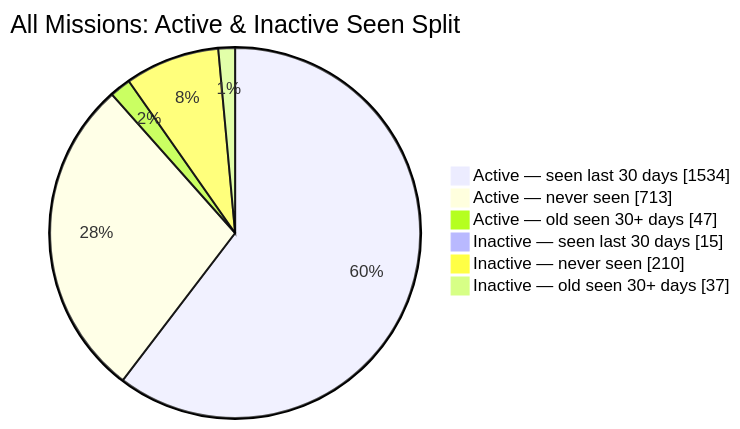
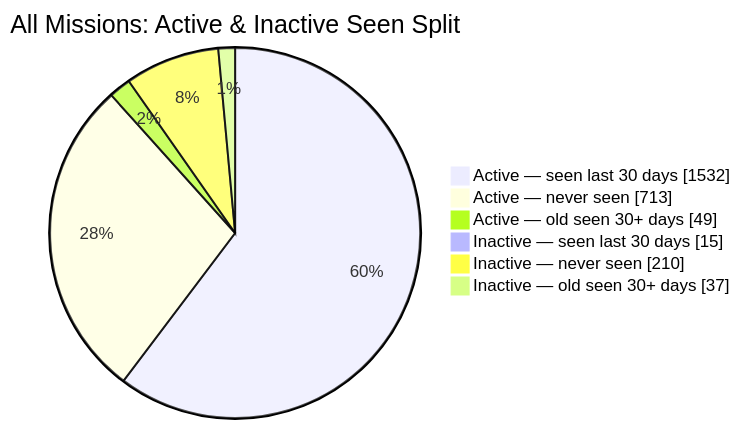
The second of 2 diagrams in README.md (MeldkamerspelGameTeam/active-missions), drawn with Mermaid before and after one commit. The commit also changed other lines of this file and 3 other files, not shown here.

````diff
--- a/README.md
+++ b/README.md
@@ -44,10 +44,10 @@
 ```mermaid
 pie showData
     title All Missions: Active & Inactive Seen Split
-    "Active — seen last 30 days" : 1534
+    "Active — seen last 30 days" : 1532
     "Active — never seen" : 713
-    "Active — old seen 30+ days" : 47
+    "Active — old seen 30+ days" : 49
     "Inactive — seen last 30 days" : 15
     "Inactive — never seen" : 210
     "Inactive — old seen 30+ days" : 37
 ```
````
